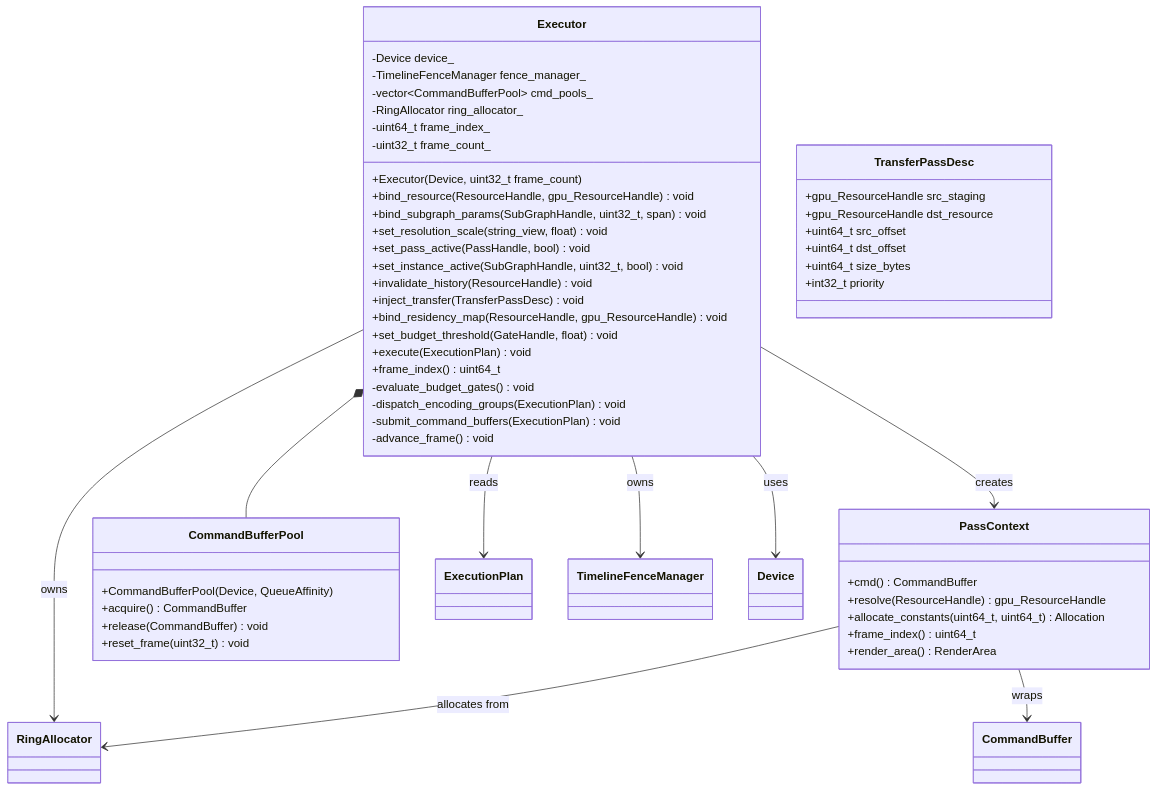
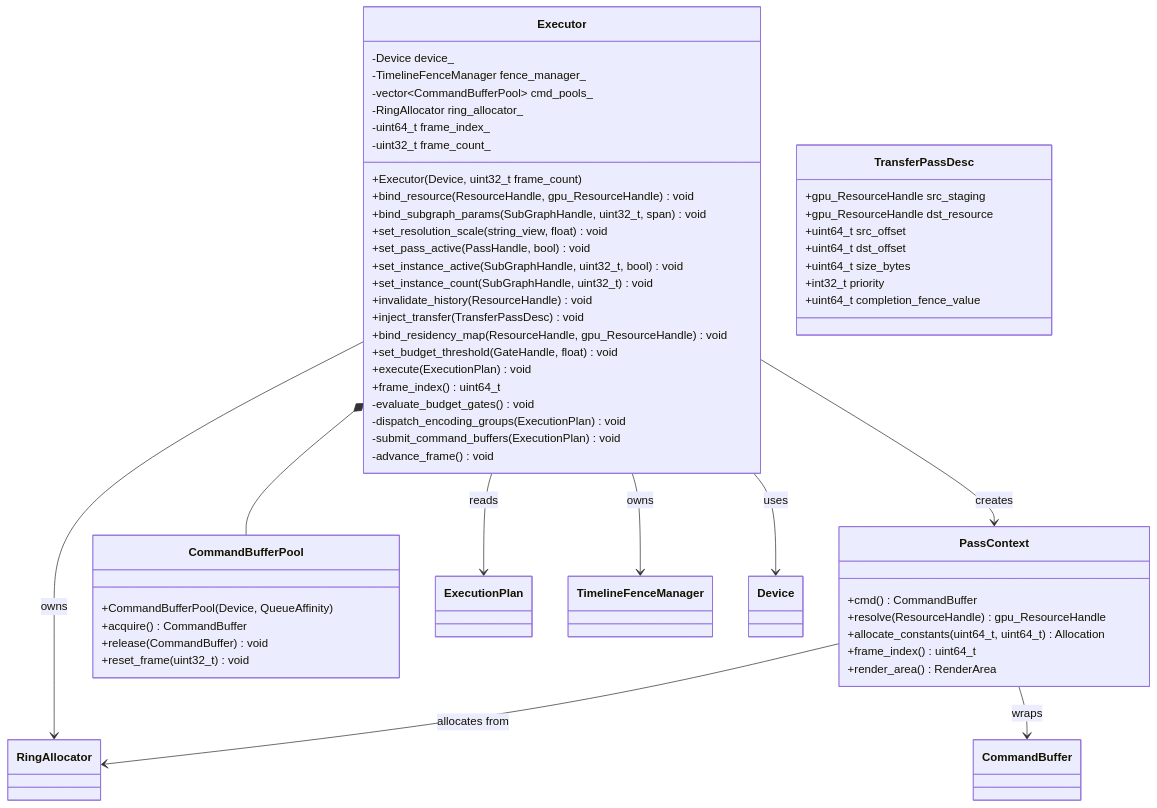
One commit to harmonius-dev/harmonius changed the seventh of 15 diagrams in docs/design/render-graph-classes.md. Above: the diagram before and after it, drawn with Mermaid. The commit also changed other lines of this file and 10 other files, not shown here.

````diff
--- a/docs/design/render-graph-classes.md
+++ b/docs/design/render-graph-classes.md
@@ -575,57 +612,59 @@
 ```mermaid
 classDiagram
     class Executor {
         +Executor(Device, uint32_t frame_count)
         +bind_resource(ResourceHandle, gpu_ResourceHandle) void
         +bind_subgraph_params(SubGraphHandle, uint32_t, span) void
         +set_resolution_scale(string_view, float) void
         +set_pass_active(PassHandle, bool) void
         +set_instance_active(SubGraphHandle, uint32_t, bool) void
+        +set_instance_count(SubGraphHandle, uint32_t) void
         +invalidate_history(ResourceHandle) void
         +inject_transfer(TransferPassDesc) void
         +bind_residency_map(ResourceHandle, gpu_ResourceHandle) void
         +set_budget_threshold(GateHandle, float) void
         +execute(ExecutionPlan) void
         +frame_index() uint64_t
         -evaluate_budget_gates() void
         -dispatch_encoding_groups(ExecutionPlan) void
         -submit_command_buffers(ExecutionPlan) void
         -advance_frame() void
         -Device device_
         -TimelineFenceManager fence_manager_
         -vector~CommandBufferPool~ cmd_pools_
         -RingAllocator ring_allocator_
         -uint64_t frame_index_
         -uint32_t frame_count_
     }
     class PassContext {
         +cmd() CommandBuffer
         +resolve(ResourceHandle) gpu_ResourceHandle
         +allocate_constants(uint64_t, uint64_t) Allocation
         +frame_index() uint64_t
         +render_area() RenderArea
     }
     class CommandBufferPool {
         +CommandBufferPool(Device, QueueAffinity)
         +acquire() CommandBuffer
         +release(CommandBuffer) void
         +reset_frame(uint32_t) void
     }
     class TransferPassDesc {
         +gpu_ResourceHandle src_staging
         +gpu_ResourceHandle dst_resource
         +uint64_t src_offset
         +uint64_t dst_offset
         +uint64_t size_bytes
         +int32_t priority
+        +uint64_t completion_fence_value
     }
 
     Executor --> ExecutionPlan : reads
     Executor --> TimelineFenceManager : owns
     Executor *-- CommandBufferPool
     Executor --> RingAllocator : owns
     Executor --> PassContext : creates
     Executor --> Device : uses
     PassContext --> CommandBuffer : wraps
     PassContext --> RingAllocator : allocates from
 ```
````
